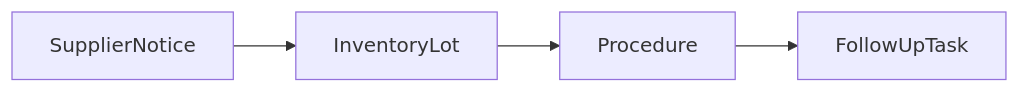
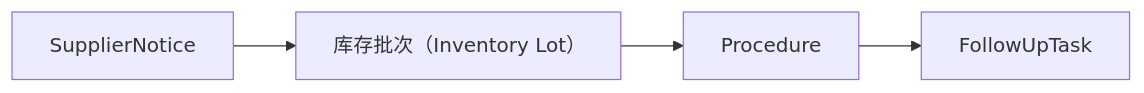
One commit to rexlin600/ontology_practice changed the diagram in days/Day-24.md. Above: the diagram before and after it, drawn with Mermaid. The commit also changed other lines of this file, not shown here.

````diff
--- a/days/Day-24.md
+++ b/days/Day-24.md
@@ -16,7 +31,7 @@
 ```mermaid
 flowchart LR
-  SupplierNotice["SupplierNotice"] --> InventoryLot["InventoryLot"]
-  InventoryLot["InventoryLot"] --> Procedure["Procedure"]
+  SupplierNotice["SupplierNotice"] --> InventoryLot["库存批次（Inventory Lot）"]
+  InventoryLot["库存批次（Inventory Lot）"] --> Procedure["Procedure"]
   Procedure["Procedure"] --> FollowUpTask["FollowUpTask"]
 
 ```
````
